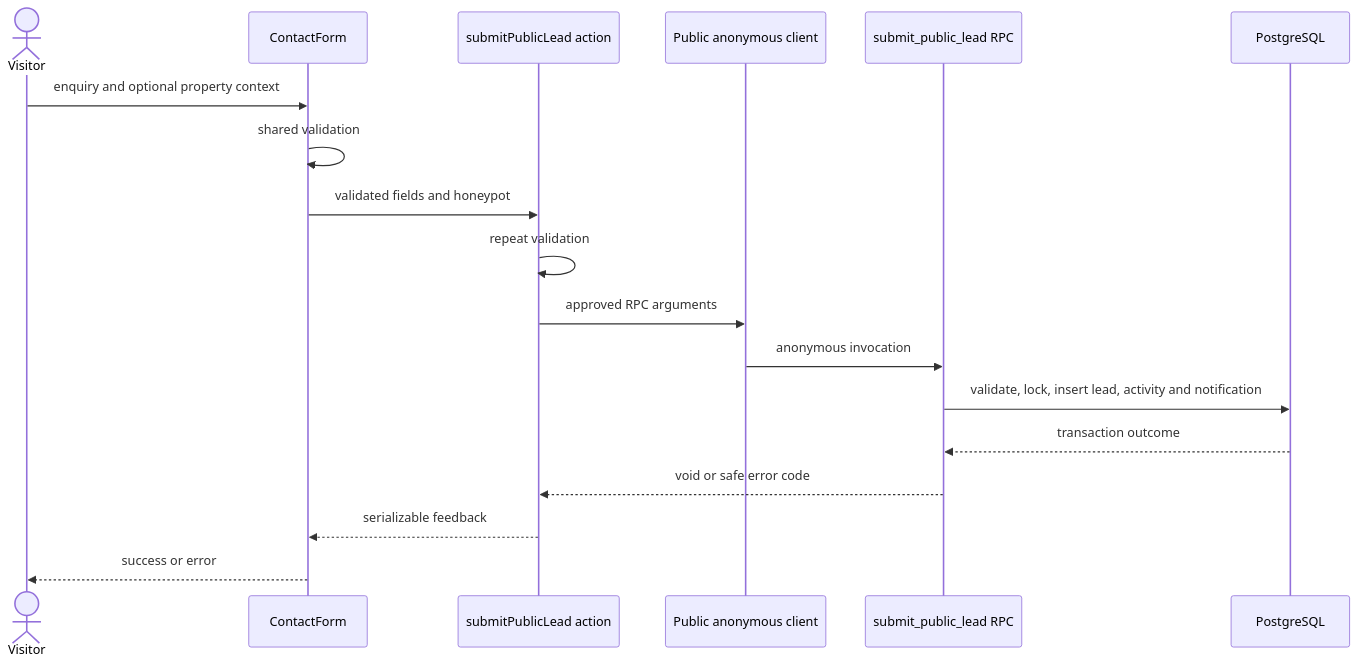
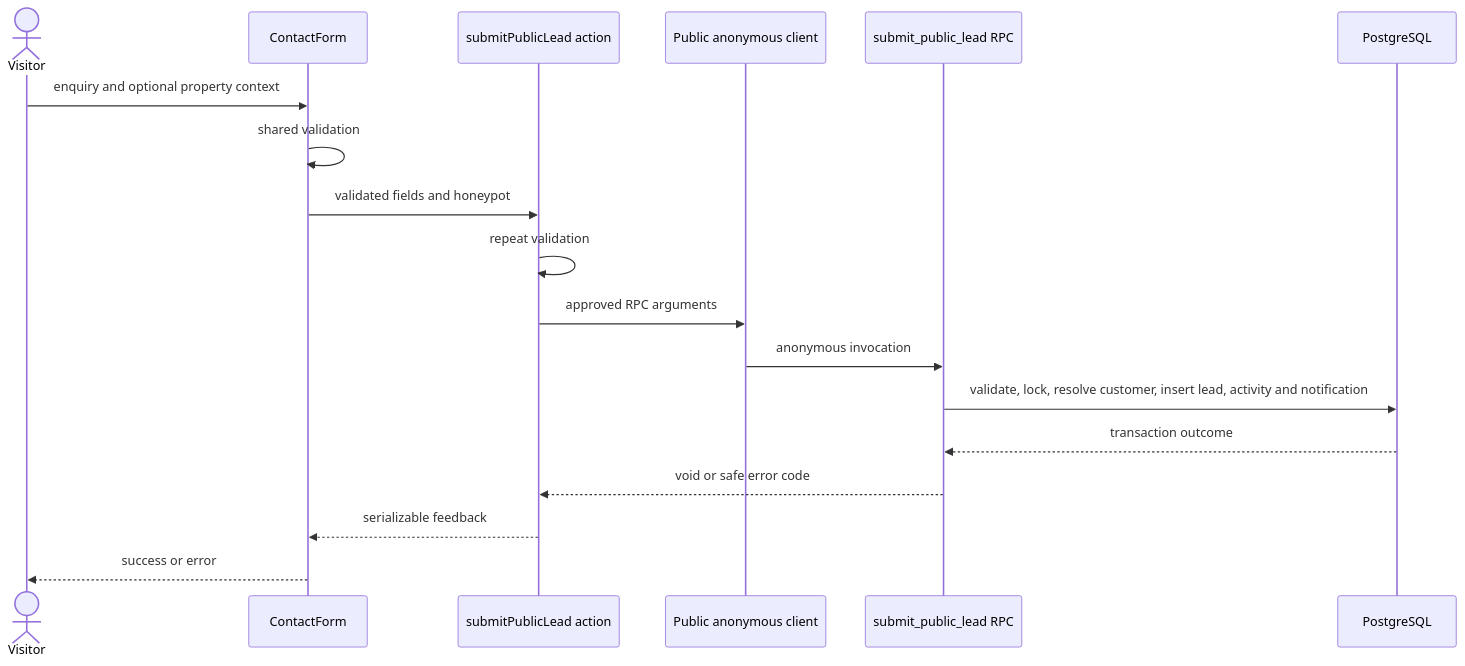
The fourth of 5 diagrams in docs/TECHNICAL_OVERVIEW.md (dineshprabhu-s/chennai-real-estates), drawn with Mermaid before and after one commit. The commit also changed other lines of this file and 26 other files, not shown here.

````diff
--- a/docs/TECHNICAL_OVERVIEW.md
+++ b/docs/TECHNICAL_OVERVIEW.md
@@ -295,20 +322,20 @@
 ```mermaid
 sequenceDiagram
   actor V as Visitor
   participant F as ContactForm
   participant A as submitPublicLead action
   participant C as Public anonymous client
   participant R as submit_public_lead RPC
   participant D as PostgreSQL
   V->>F: enquiry and optional property context
   F->>F: shared validation
   F->>A: validated fields and honeypot
   A->>A: repeat validation
   A->>C: approved RPC arguments
   C->>R: anonymous invocation
-  R->>D: validate, lock, insert lead, activity and notification
+  R->>D: validate, lock, resolve customer, insert lead, activity and notification
   D-->>R: transaction outcome
   R-->>A: void or safe error code
   A-->>F: serializable feedback
   F-->>V: success or error
 ```
````
